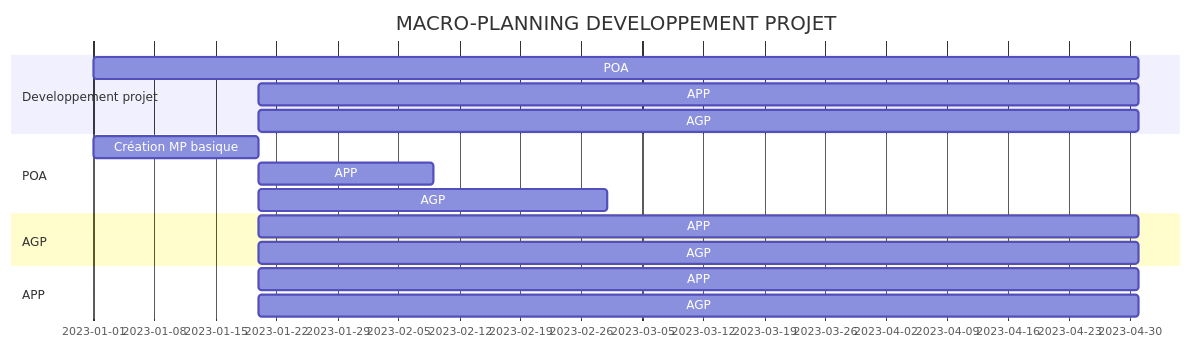
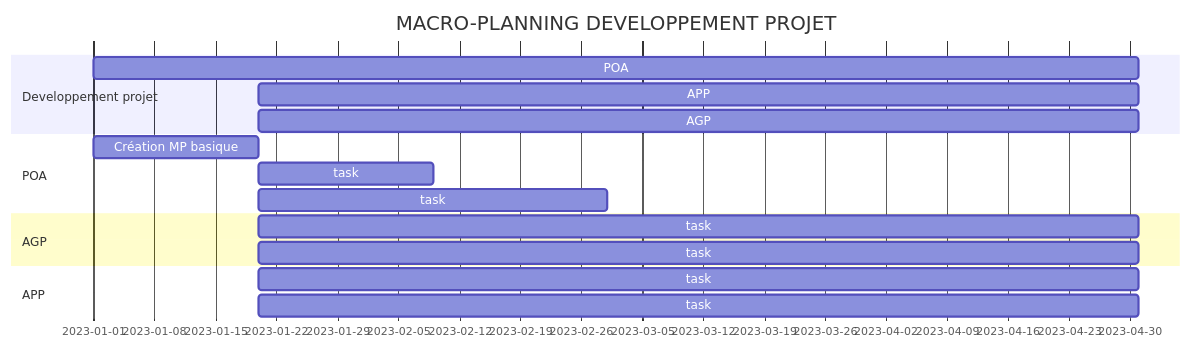
One commit to Gowthraven/Projet-Backlog changed the second of 2 diagrams in README.md. Above: the diagram before and after it, drawn with Mermaid. The commit also changed other lines of this file, not shown here.

````diff
--- a/README.md
+++ b/README.md
@@ -137,24 +137,24 @@
 ```mermaid
 gantt
 dateFormat  YYYY-MM-DD
 
 title MACRO-PLANNING DEVELOPPEMENT PROJET
 
 section Developpement projet
 POA               :2023-01-01,2023-05-01
 APP      :2023-01-20,2023-05-01
 AGP    :2023-01-20,2023-05-01
 
 section POA
 Création MP basique               :2023-01-01,2023-01-20
-APP      :2023-01-20,20d
-AGP    :2023-01-20,40d
+task      :2023-01-20,20d
+task    :2023-01-20,40d
 
 section AGP
-APP      :2023-01-20,2023-05-01
-AGP    :2023-01-20,2023-05-01
+task     :2023-01-20,2023-05-01
+task    :2023-01-20,2023-05-01
 
 section APP
-APP      :2023-01-20,2023-05-01
-AGP    :2023-01-20,2023-05-01
+task      :2023-01-20,2023-05-01
+task    :2023-01-20,2023-05-01
 ```
````
